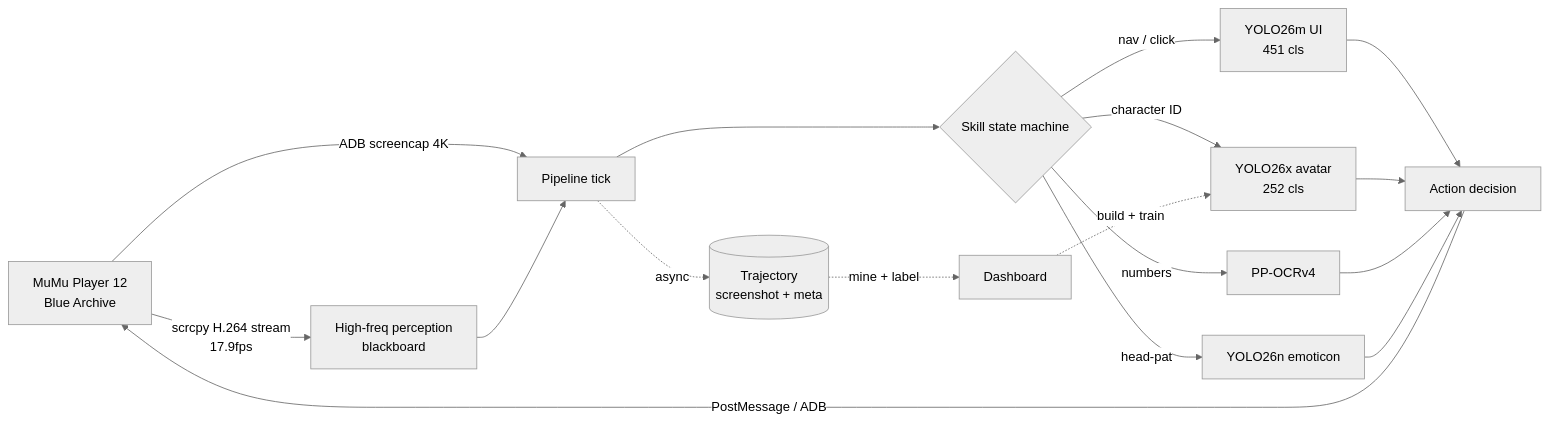
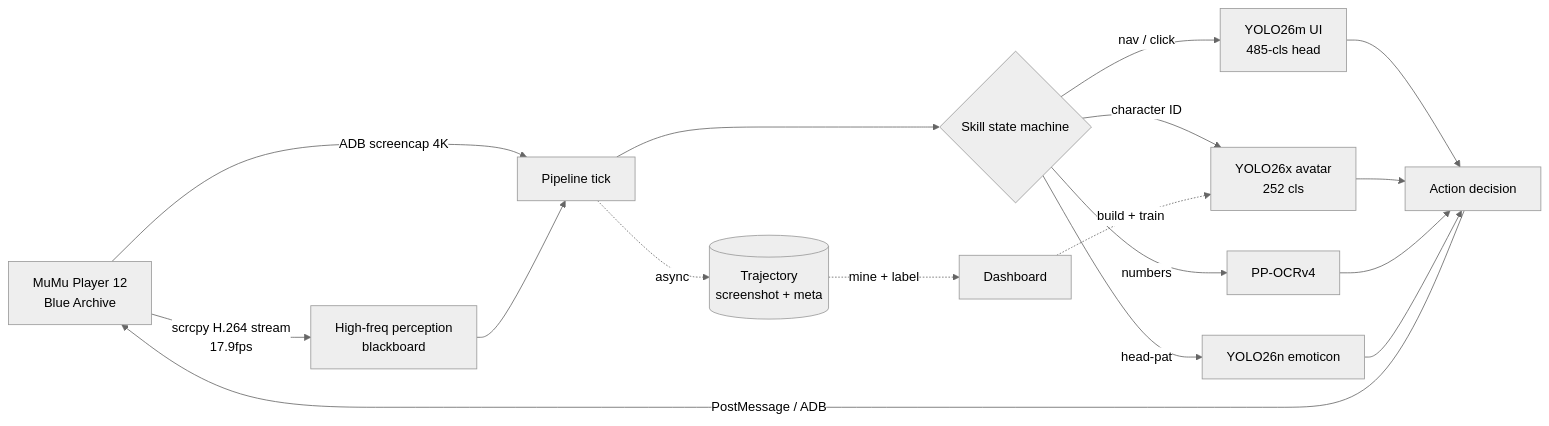
The diagram in README.md (C0k11/game-ui-cv-agent), drawn with Mermaid (neutral theme) before and after one commit. The commit also changed other lines of this file, not shown here.

````diff
--- a/README.md
+++ b/README.md
@@ -28,19 +31,19 @@
 ```mermaid
 flowchart LR
     A[MuMu Player 12<br/>Blue Archive] -->|ADB screencap 4K| B[Pipeline tick]
     A -->|scrcpy H.264 stream<br/>17.9fps| HF[High-freq perception<br/>blackboard]
     HF --> B
     B --> C{Skill state machine}
-    C -->|nav / click| UI[YOLO26m UI<br/>451 cls]
+    C -->|nav / click| UI[YOLO26m UI<br/>485-cls head]
     C -->|character ID| AV[YOLO26x avatar<br/>252 cls]
     C -->|numbers| O[PP-OCRv4]
     C -->|head-pat| EM[YOLO26n emoticon]
     UI --> D[Action decision]
     AV --> D
     O --> D
     EM --> D
     D -->|PostMessage / ADB| A
     B -.async.-> J[(Trajectory<br/>screenshot + meta)]
     J -.mine + label.-> K[Dashboard]
     K -.build + train.-> AV
 ```
````
